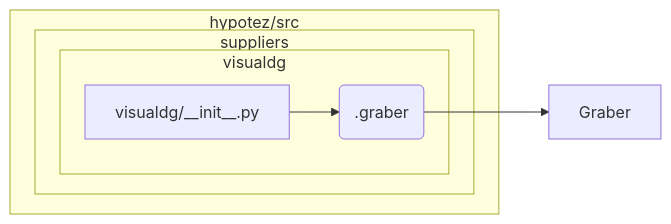
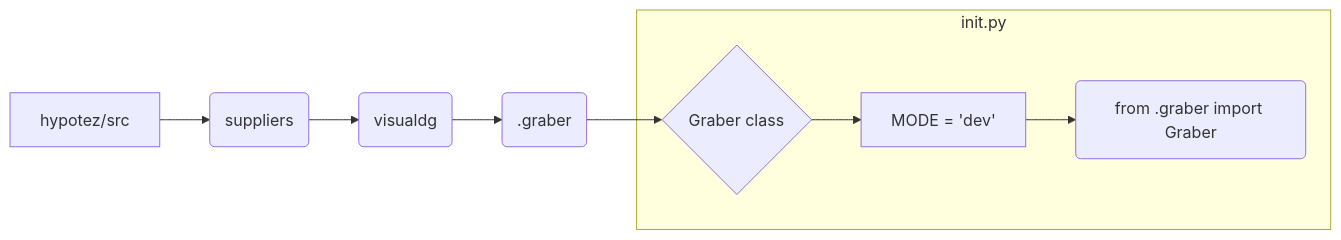
The second of 2 diagrams in docs/gemini/ru/explainer/src/suppliers/visualdg/__init__.md (hypo69/hypo), drawn with Mermaid before and after one commit. The commit also changed other lines of this file and 468 other files, not shown here.

````diff
--- a/docs/gemini/ru/explainer/src/suppliers/visualdg/__init__.md
+++ b/docs/gemini/ru/explainer/src/suppliers/visualdg/__init__.md
@@ -39,11 +40,11 @@
 ```mermaid
 graph LR
-    subgraph "hypotez/src"
-        subgraph "suppliers"
-            subgraph "visualdg"
-                A[visualdg/__init__.py] --> B(.graber);
-            end
-        end
+    A[hypotez/src] --> B(suppliers);
+    B --> C(visualdg);
+    C --> D(.graber);
+    D --> E{Graber class};
+    subgraph init.py
+        E --> F[MODE = 'dev'];
+        F --> G(from .graber import Graber)
     end
-    B --> C[Graber];
 ```
````
